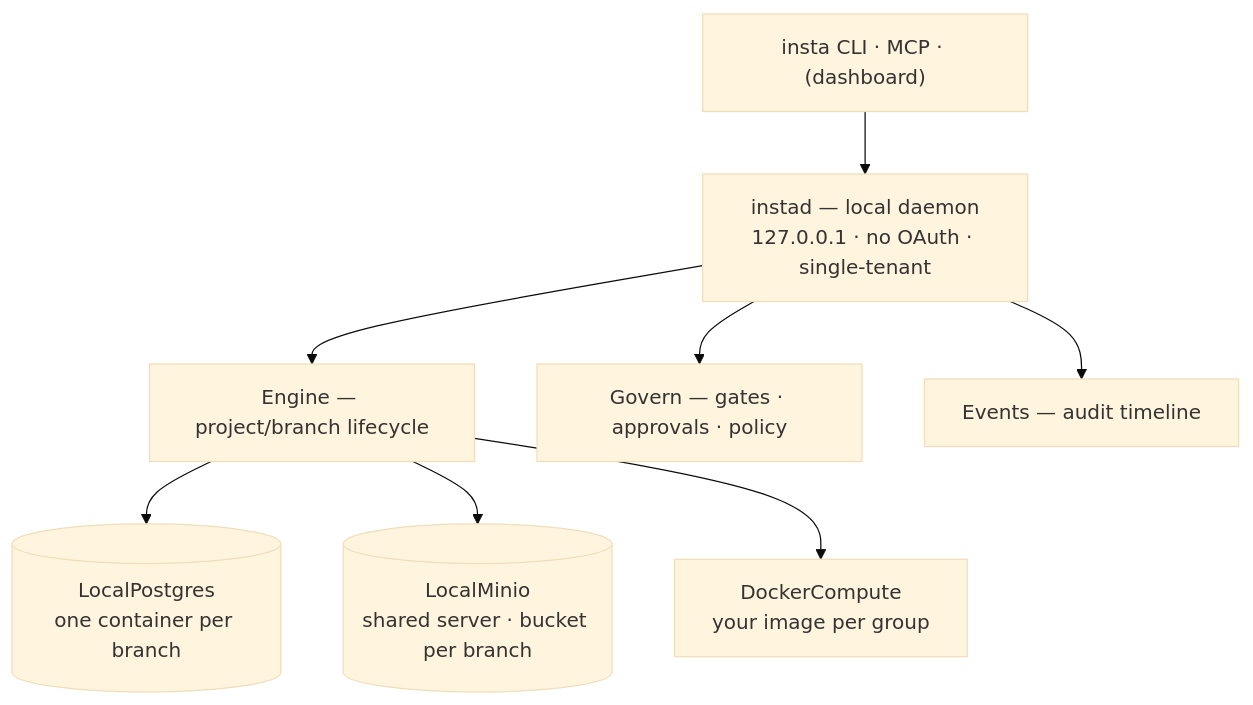
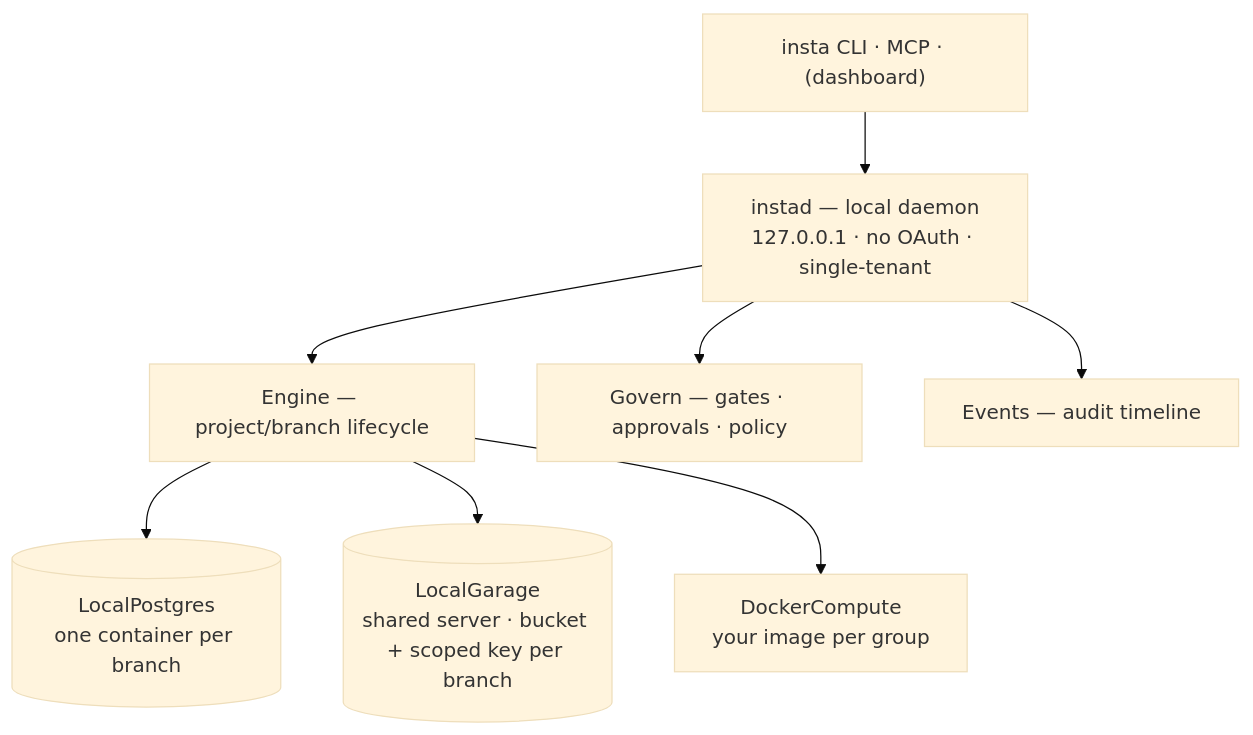
Before and after one commit to InsForge/insta-oss: the second of 2 diagrams in README.md, drawn with Mermaid (base theme). The commit also changed other lines of this file and 6 other files, not shown here.

````diff
--- a/README.md
+++ b/README.md
@@ -164,10 +164,10 @@
 ```mermaid
 graph TD
   CLI["insta CLI · MCP · (dashboard)"] --> D["instad — local daemon<br/>127.0.0.1 · no OAuth · single-tenant"]
   D --> ENG["Engine — project/branch lifecycle"]
   D --> GOV["Govern — gates · approvals · policy"]
   D --> EV["Events — audit timeline"]
   ENG --> PG[("LocalPostgres<br/>one container per branch")]
-  ENG --> ST[("LocalMinio<br/>shared server · bucket per branch")]
+  ENG --> ST[("LocalGarage<br/>shared server · bucket + scoped key per branch")]
   ENG --> CP["DockerCompute<br/>your image per group"]
 ```
````
